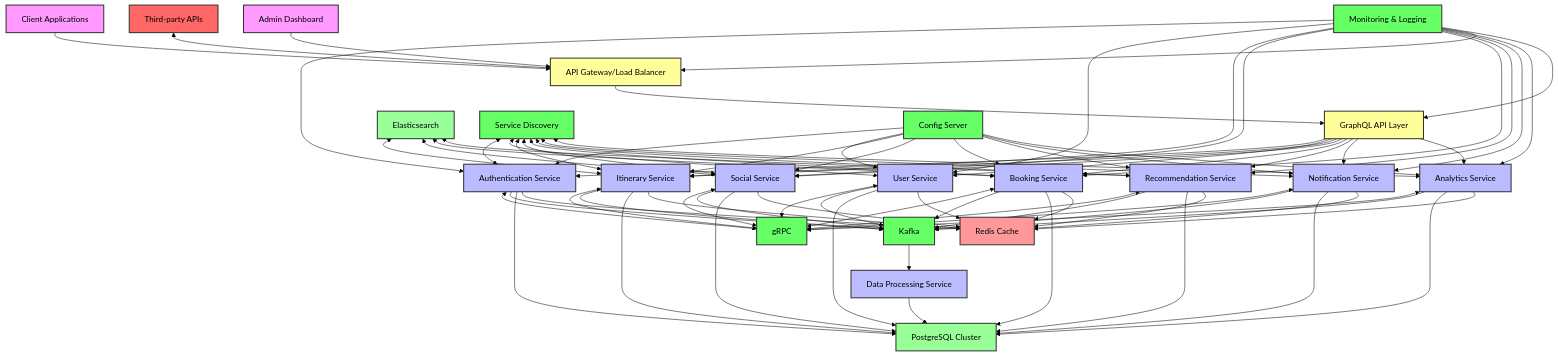
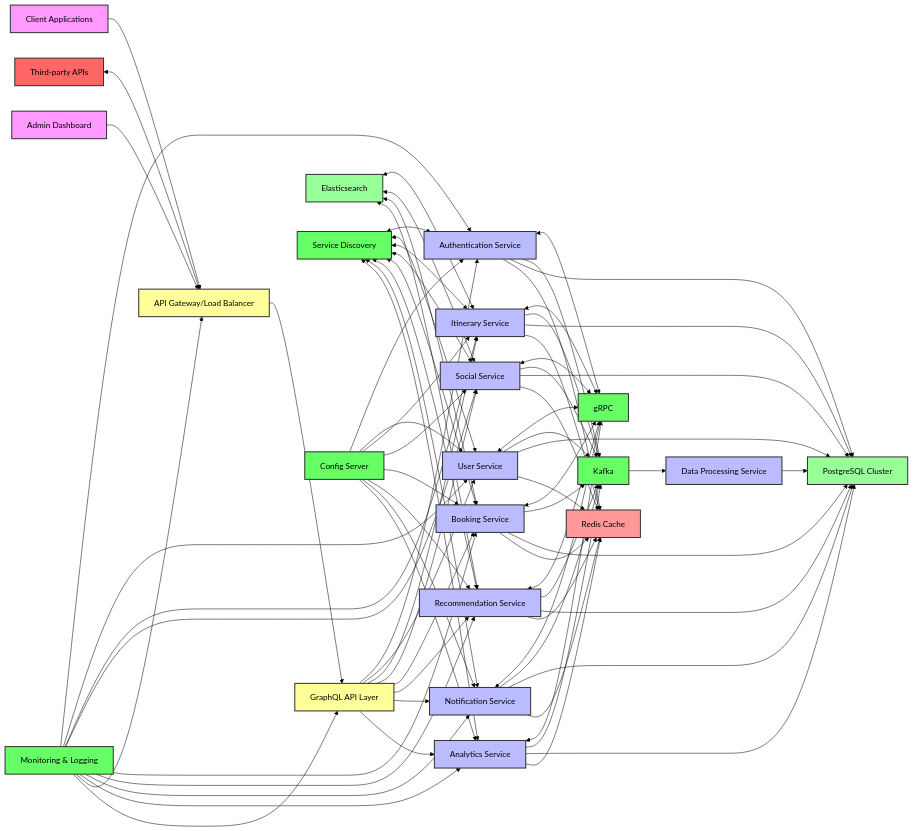
One commit to sagar6413/one-stop-solution changed the second of 2 diagrams in test.md. Above: the diagram before and after it, drawn with Mermaid (forest theme).

````diff
--- a/test.md
+++ b/test.md
@@ -25,5 +25,5 @@
 ```mermaid
-graph TD
+graph LR
     %% Define styles
     classDef client fill:#f9f,stroke:#333,stroke-width:2px;
     classDef gateway fill:#ff9,stroke:#333,stroke-width:2px;
````
